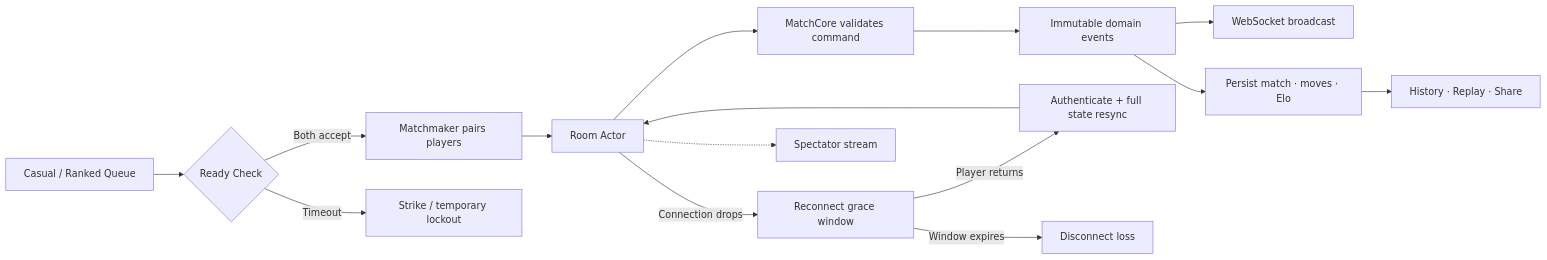
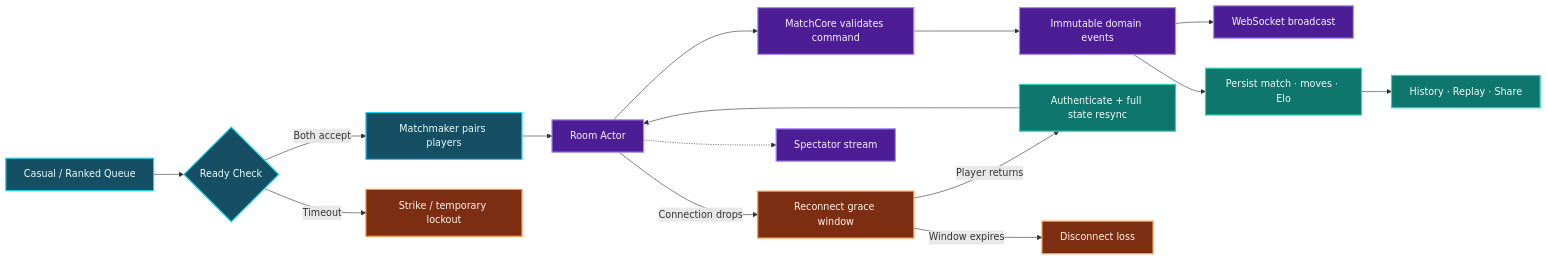
One commit to longtmb2003/longtmb2003 changed the third of 5 diagrams in README.md. Above: the diagram before and after it, drawn with Mermaid. The commit also changed other lines of this file and 2 other files, not shown here.

````diff
--- a/README.md
+++ b/README.md
@@ -126,18 +161,28 @@
 ```mermaid
 flowchart LR
     QUEUE["Casual / Ranked Queue"] --> READY{"Ready Check"}
     READY -->|Both accept| MATCH["Matchmaker pairs players"]
     READY -->|Timeout| PENALTY["Strike / temporary lockout"]
     MATCH --> ROOM["Room Actor"]
     ROOM --> CORE["MatchCore validates command"]
     CORE --> EVENTS["Immutable domain events"]
     EVENTS --> LIVE["WebSocket broadcast"]
     EVENTS --> SAVE["Persist match · moves · Elo"]
     SAVE --> HISTORY["History · Replay · Share"]
 
     ROOM -->|Connection drops| GRACE["Reconnect grace window"]
     GRACE -->|Player returns| RESYNC["Authenticate + full state resync"]
     RESYNC --> ROOM
     GRACE -->|Window expires| FORFEIT["Disconnect loss"]
     ROOM -.-> SPECTATE["Spectator stream"]
+
+    classDef entry fill:#164e63,color:#ecfeff,stroke:#22d3ee,stroke-width:2px
+    classDef live fill:#4c1d95,color:#faf5ff,stroke:#a78bfa,stroke-width:2px
+    classDef success fill:#0f766e,color:#f0fdfa,stroke:#2dd4bf,stroke-width:2px
+    classDef warning fill:#7c2d12,color:#fff7ed,stroke:#fb923c,stroke-width:2px
+
+    class QUEUE,READY,MATCH entry
+    class ROOM,CORE,EVENTS,LIVE,SPECTATE live
+    class SAVE,HISTORY,RESYNC success
+    class PENALTY,GRACE,FORFEIT warning
 ```
````
